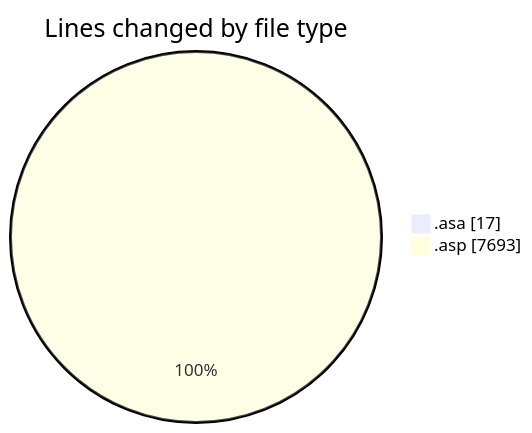
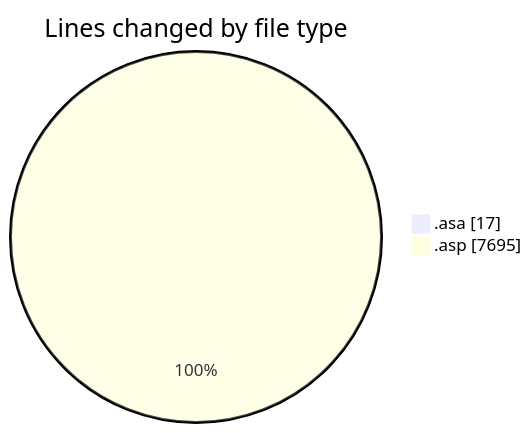
One commit to julien-gomy/code-tracking changed the first of 2 diagrams in 2025-11-06/usr_aleoudev_fr__workspace_/README.md. Above: the diagram before and after it, drawn with Mermaid. The commit also changed other lines of this file and 1 other file, not shown here.

````diff
--- a/2025-11-06/usr_aleoudev_fr__workspace_/README.md
+++ b/2025-11-06/usr_aleoudev_fr__workspace_/README.md
@@ -24,6 +24,6 @@
 ```mermaid
 pie showData
 title Lines changed by file type
 ".asa" : 17
-".asp" : 7693
+".asp" : 7695
 ```
````
